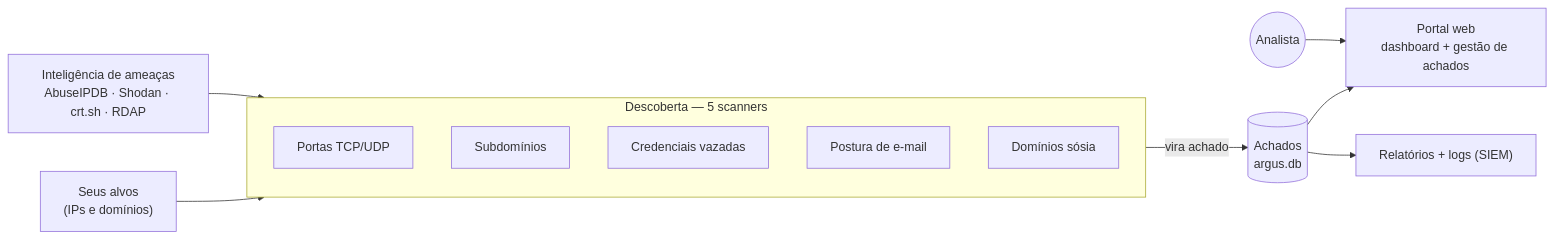
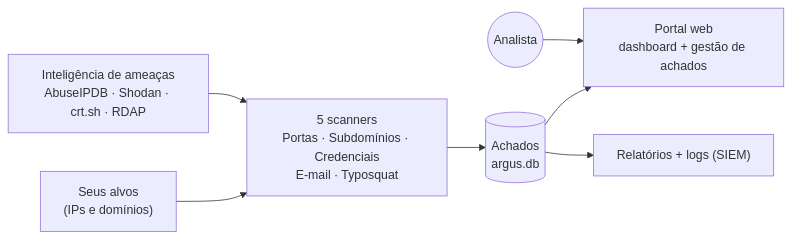
The first of 2 diagrams in README.md (boliveiras/argus-asm-v1), drawn with Mermaid before and after one commit. The commit also changed other lines of this file and 1 other file, not shown here.

Commit message:
Atualizacao README

````diff
--- a/README.md
+++ b/README.md
@@ -28,17 +28,9 @@
 ```mermaid
 flowchart LR
-    A["Seus alvos<br/>(IPs e domínios)"] --> B
-    subgraph B["Descoberta — 5 scanners"]
-      direction TB
-      B1["Portas TCP/UDP"]
-      B2["Subdomínios"]
-      B3["Credenciais vazadas"]
-      B4["Postura de e-mail"]
-      B5["Domínios sósia"]
-    end
-    TI["Inteligência de ameaças<br/>AbuseIPDB · Shodan · crt.sh · RDAP"] --> B
-    B -->|vira achado| C[("Achados<br/>argus.db")]
-    C --> D["Portal web<br/>dashboard + gestão de achados"]
-    C --> E["Relatórios + logs (SIEM)"]
-    U(("Analista")) --> D
+    A["Seus alvos<br/>(IPs e domínios)"] --> SC
+    TI["Inteligência de ameaças<br/>AbuseIPDB · Shodan · crt.sh · RDAP"] --> SC
+    SC["5 scanners<br/>Portas · Subdomínios · Credenciais<br/>E-mail · Typosquat"] --> DB[("Achados<br/>argus.db")]
+    DB --> P["Portal web<br/>dashboard + gestão de achados"]
+    DB --> R["Relatórios + logs (SIEM)"]
+    U(("Analista")) --> P
 ```
````
